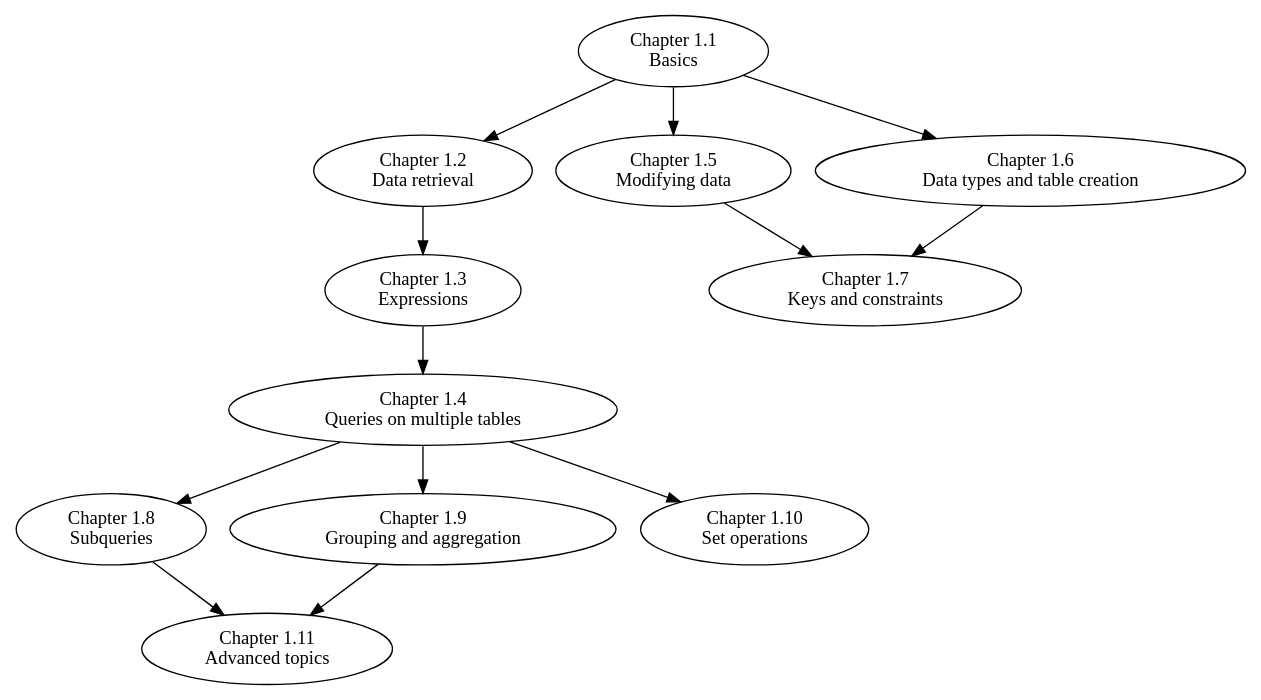
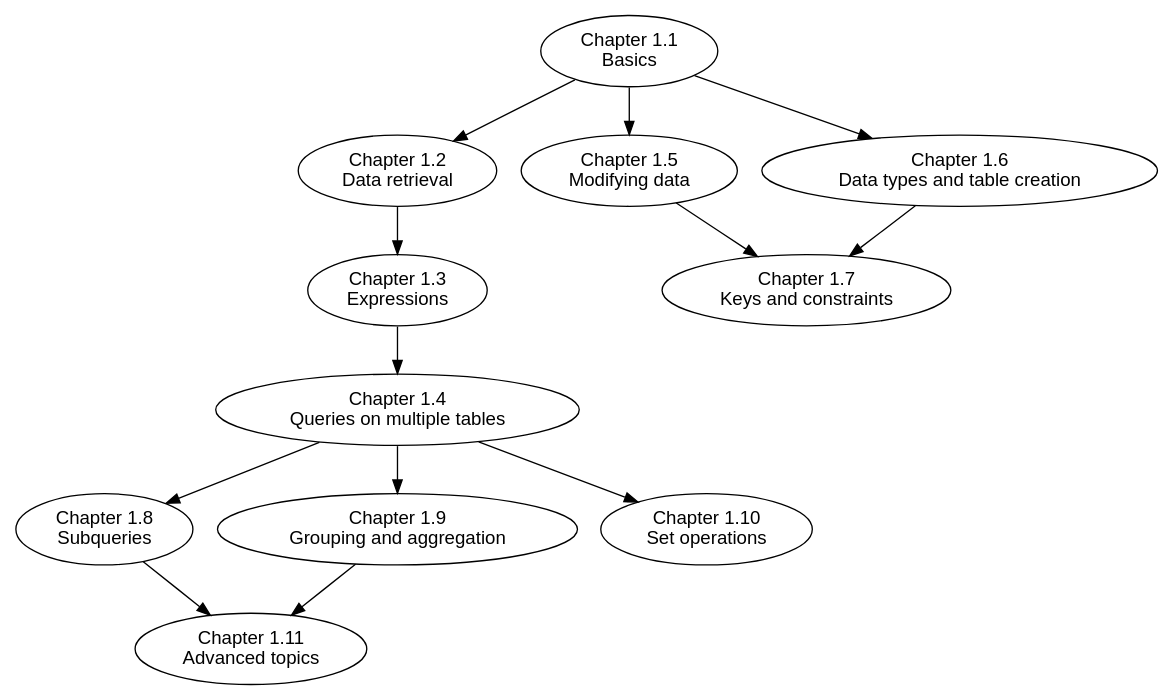
The diagram in _sources/PART1_SQL/chapter_dependencies.dot (cpainterwakefield/practical_db_textbook), drawn with Graphviz before and after one commit. The commit also changed 9 other files, not shown here.

Commit message:
Data modeling intro chapter done.  Outline of part 2 in place.

```diff
--- a/_sources/PART1_SQL/chapter_dependencies.dot
+++ b/_sources/PART1_SQL/chapter_dependencies.dot
@@ -1,26 +1,27 @@
 digraph {
-  c1 [ label="Chapter 1.1\nBasics" ]
-  c2 [ label="Chapter 1.2\nData retrieval"]
-  c3 [ label="Chapter 1.3\nExpressions"]
-  c4 [ label="Chapter 1.4\nQueries on multiple tables" ]
-  c5 [ label="Chapter 1.5\nModifying data" ]
-  c6 [ label="Chapter 1.6\nData types and table creation"]
-  c7 [ label="Chapter 1.7\nKeys and constraints" ]
-  c8 [ label="Chapter 1.8\nSubqueries" ]
-  c9 [ label="Chapter 1.9\nGrouping and aggregation"]
-  c10 [ label="Chapter 1.10\nSet operations"]
-  c11 [ label="Chapter 1.11\nAdvanced topics"]
+
+  c1 [ label="Chapter 1.1\nBasics" fontname="sans-serif"]
+  c2 [ label="Chapter 1.2\nData retrieval" fontname="sans-serif"]
+  c3 [ label="Chapter 1.3\nExpressions" fontname="sans-serif"]
+  c4 [ label="Chapter 1.4\nQueries on multiple tables"  fontname="sans-serif"]
+  c5 [ label="Chapter 1.5\nModifying data"  fontname="sans-serif"]
+  c6 [ label="Chapter 1.6\nData types and table creation" fontname="sans-serif"]
+  c7 [ label="Chapter 1.7\nKeys and constraints"  fontname="sans-serif"]
+  c8 [ label="Chapter 1.8\nSubqueries"  fontname="sans-serif"]
+  c9 [ label="Chapter 1.9\nGrouping and aggregation" fontname="sans-serif"]
+  c10 [ label="Chapter 1.10\nSet operations" fontname="sans-serif"]
+  c11 [ label="Chapter 1.11\nAdvanced topics" fontname="sans-serif"]
 
   c1 -> c2
   c2 -> c3
   c3 -> c4
   c1 -> c5
   c1 -> c6
   c6 -> c7
   c5 -> c7
   c4 -> c8
   c4 -> c9
   c4 -> c10
   c8 -> c11
   c9 -> c11
 }
```
